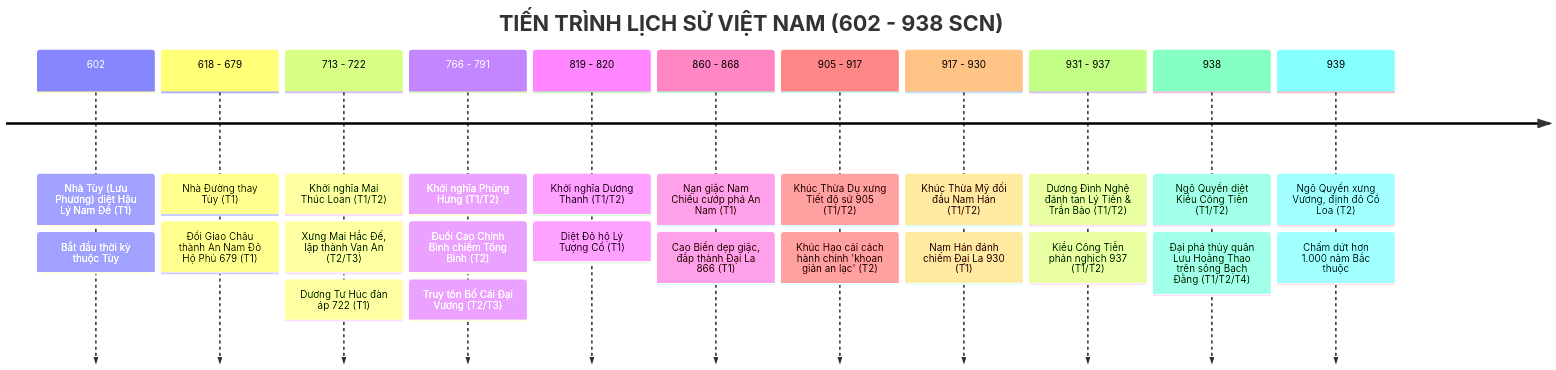
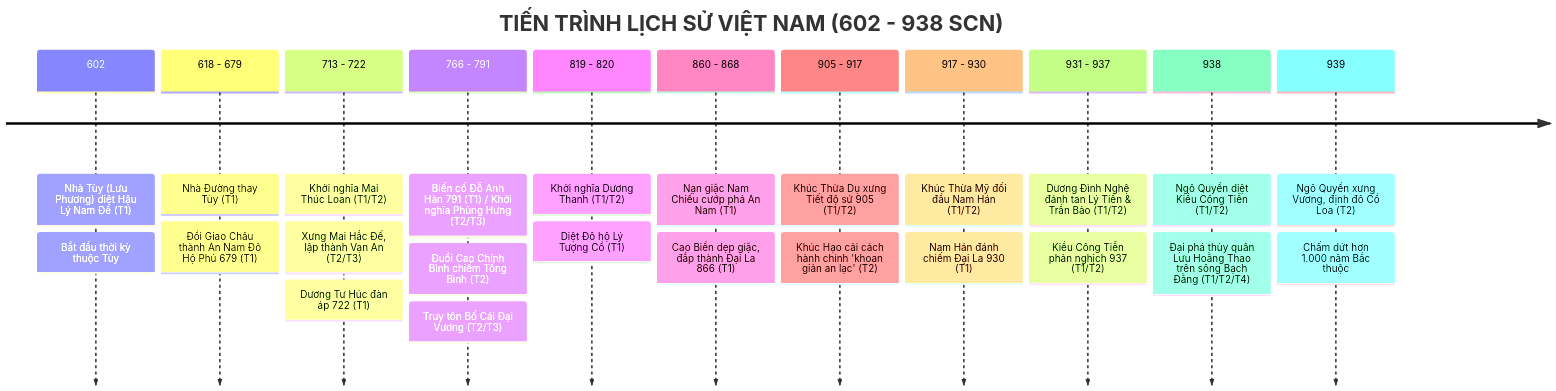
One commit to LightDucan/HuyenSu-TD changed the first of 2 diagrams in docs/drafts/viet-su/602-938/historical-context-and-timeline.md. Above: the diagram before and after it, drawn with Mermaid. The commit also changed other lines of this file and 4 other files, not shown here.

````diff
--- a/docs/drafts/viet-su/602-938/historical-context-and-timeline.md
+++ b/docs/drafts/viet-su/602-938/historical-context-and-timeline.md
@@ -13,15 +13,15 @@
 ```mermaid
 timeline
     title TIẾN TRÌNH LỊCH SỬ VIỆT NAM (602 - 938 SCN)
     602 : Nhà Tùy (Lưu Phương) diệt Hậu Lý Nam Đế (T1) : Bắt đầu thời kỳ thuộc Tùy
     618 - 679 : Nhà Đường thay Tùy (T1) : Đổi Giao Châu thành An Nam Đô Hộ Phủ 679 (T1)
     713 - 722 : Khởi nghĩa Mai Thúc Loan (T1/T2) : Xưng Mai Hắc Đế, lập thành Vạn An (T2/T3) : Dương Tư Húc đàn áp 722 (T1)
-    766 - 791 : Khởi nghĩa Phùng Hưng (T1/T2) : Đuổi Cao Chính Bình chiếm Tống Bình (T2) : Truy tôn Bố Cái Đại Vương (T2/T3)
+    766 - 791 : Biến cố Đỗ Anh Hàn 791 (T1) / Khởi nghĩa Phùng Hưng (T2/T3) : Đuổi Cao Chính Bình chiếm Tống Bình (T2) : Truy tôn Bố Cái Đại Vương (T2/T3)
     819 - 820 : Khởi nghĩa Dương Thanh (T1/T2) : Diệt Đô hộ Lý Tượng Cổ (T1)
     860 - 868 : Nạn giặc Nam Chiếu cướp phá An Nam (T1) : Cao Biền dẹp giặc, đắp thành Đại La 866 (T1)
     905 - 917 : Khúc Thừa Dụ xưng Tiết độ sứ 905 (T1/T2) : Khúc Hạo cải cách hành chính 'khoan giản an lạc' (T2)
     917 - 930 : Khúc Thừa Mỹ đối đầu Nam Hán (T1/T2) : Nam Hán đánh chiếm Đại La 930 (T1)
     931 - 937 : Dương Đình Nghệ đánh tan Lý Tiến & Trần Bảo (T1/T2) : Kiều Công Tiễn phản nghịch 937 (T1/T2)
     938 : Ngô Quyền diệt Kiều Công Tiễn (T1/T2) : Đại phá thủy quân Lưu Hoằng Thao trên sông Bạch Đằng (T1/T2/T4)
     939 : Ngô Quyền xưng Vương, định đô Cổ Loa (T2) : Chấm dứt hơn 1.000 năm Bắc thuộc
 ```
````
